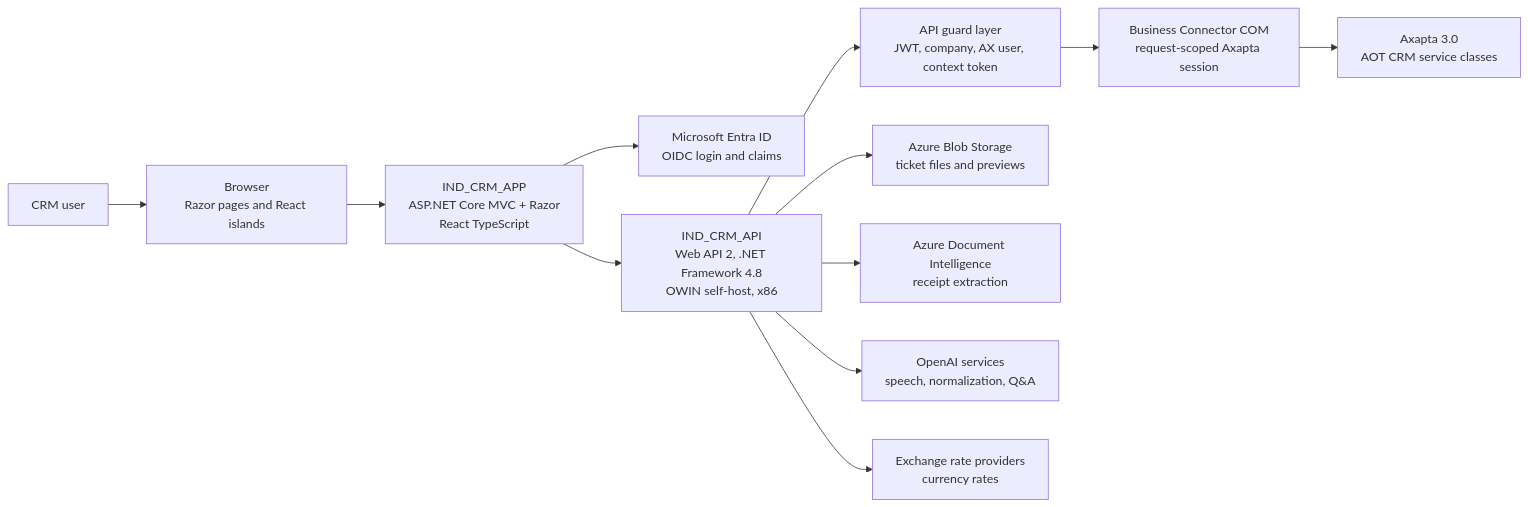
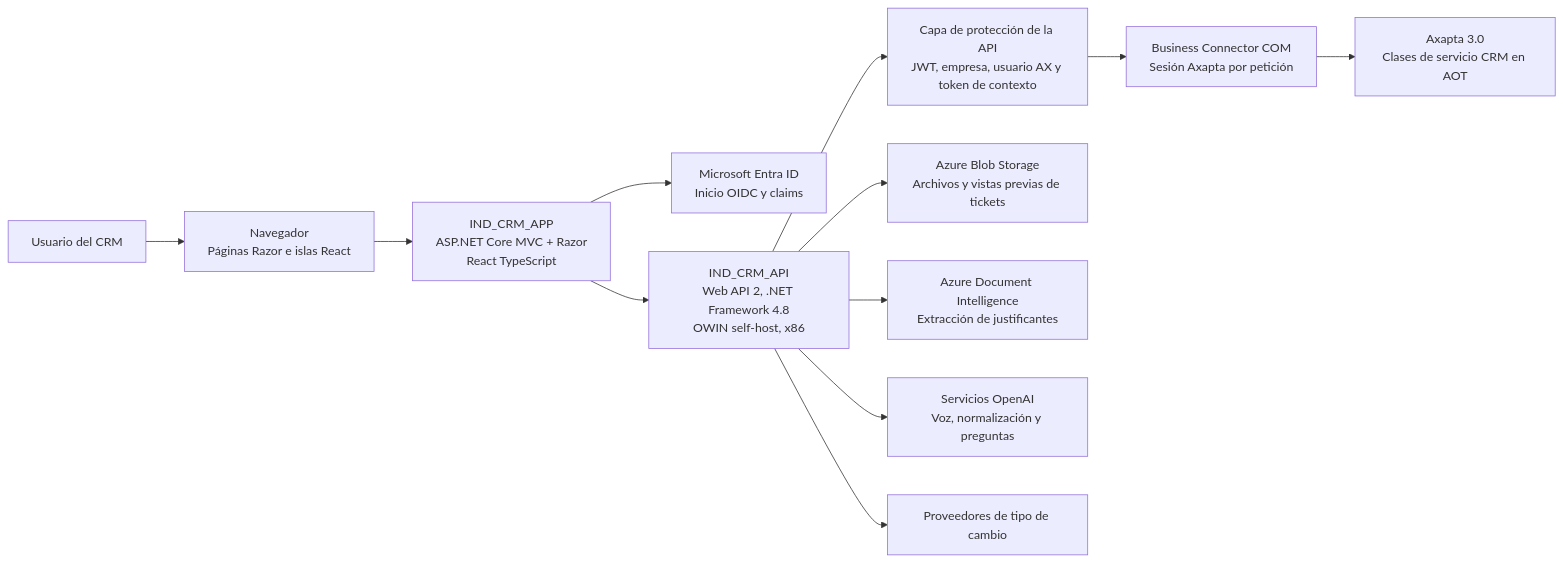
Before and after one commit to INDMAME/IND_CRM_API: the diagram in docs/architecture/diagrams/technical/context/system-context.md, drawn with Mermaid. The commit also changed other lines of this file and 314 other files, not shown here.

````diff
--- a/docs/architecture/diagrams/technical/context/system-context.md
+++ b/docs/architecture/diagrams/technical/context/system-context.md
@@ -7,27 +7,27 @@
 ```mermaid
 flowchart LR
-  User["CRM user"]
-  Browser["Browser<br/>Razor pages and React islands"]
+  User["Usuario del CRM"]
+  Browser["Navegador<br/>Páginas Razor e islas React"]
   WebApp["IND_CRM_APP<br/>ASP.NET Core MVC + Razor<br/>React TypeScript"]
-  Entra["Microsoft Entra ID<br/>OIDC login and claims"]
+  Entra["Microsoft Entra ID<br/>Inicio OIDC y claims"]
   Api["IND_CRM_API<br/>Web API 2, .NET Framework 4.8<br/>OWIN self-host, x86"]
-  Guard["API guard layer<br/>JWT, company, AX user, context token"]
-  Bc["Business Connector COM<br/>request-scoped Axapta session"]
-  Ax["Axapta 3.0<br/>AOT CRM service classes"]
-  Blob["Azure Blob Storage<br/>ticket files and previews"]
-  Ocr["Azure Document Intelligence<br/>receipt extraction"]
-  Ai["OpenAI services<br/>speech, normalization, Q&A"]
-  Fx["Exchange rate providers<br/>currency rates"]
+  Guard["Capa de protección de la API<br/>JWT, empresa, usuario AX y token de contexto"]
+  Bc["Business Connector COM<br/>Sesión Axapta por petición"]
+  Ax["Axapta 3.0<br/>Clases de servicio CRM en AOT"]
+  Blob["Azure Blob Storage<br/>Archivos y vistas previas de tickets"]
+  Ocr["Azure Document Intelligence<br/>Extracción de justificantes"]
+  Ai["Servicios OpenAI<br/>Voz, normalización y preguntas"]
+  Fx["Proveedores de tipo de cambio"]
 
   User --> Browser
   Browser --> WebApp
   WebApp --> Entra
   WebApp --> Api
   Api --> Guard
   Guard --> Bc
   Bc --> Ax
   Api --> Blob
   Api --> Ocr
   Api --> Ai
   Api --> Fx
 ```
````
